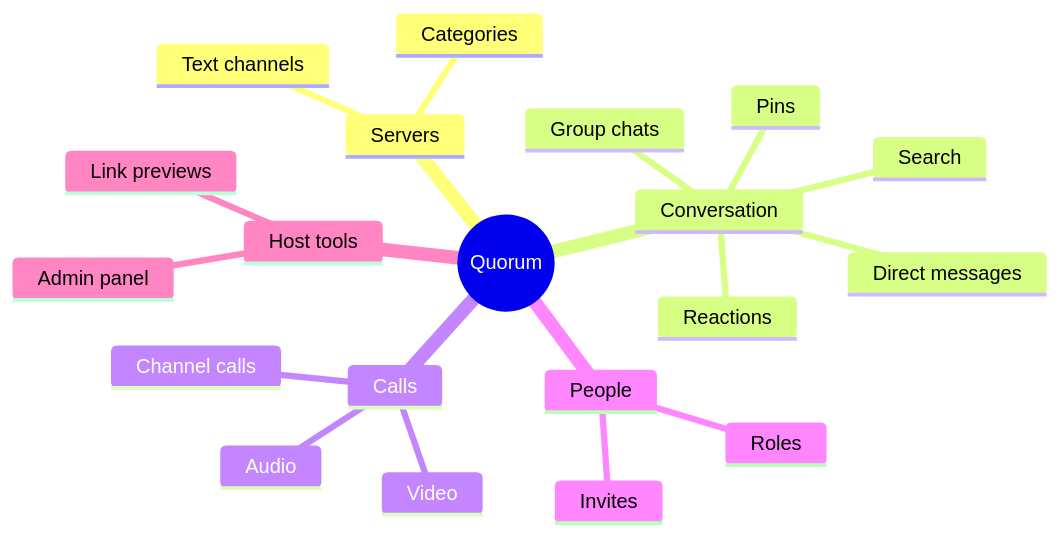
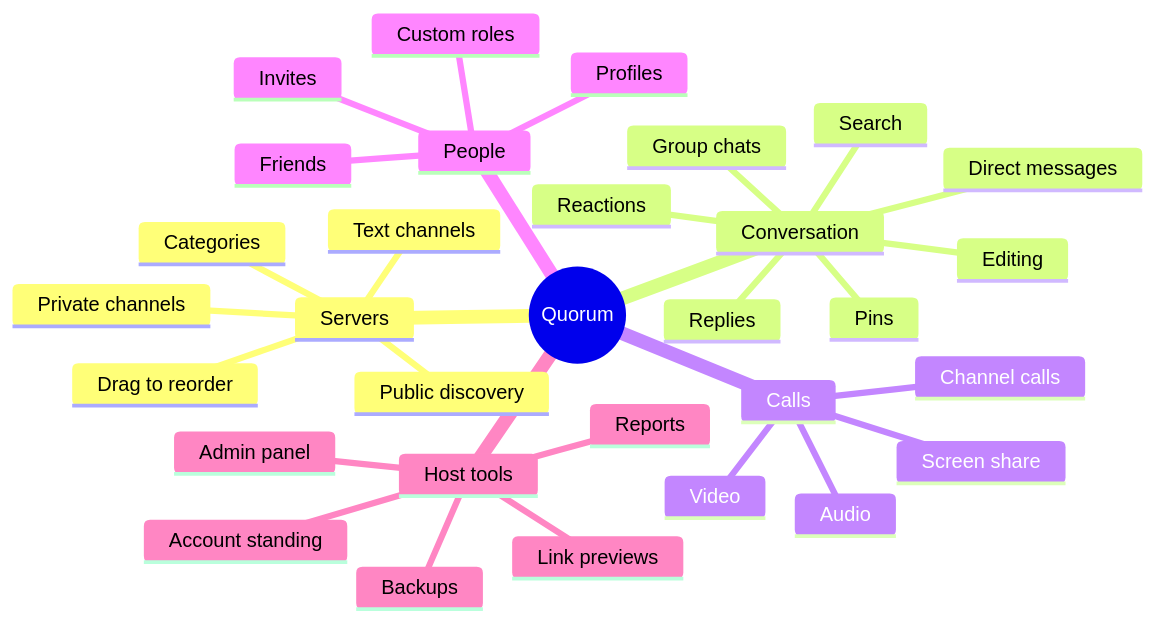
One commit to Zenix-Developers/Quorum-Showcase changed the first of 4 diagrams in README.md. Above: the diagram before and after it, drawn with Mermaid. The commit also changed other lines of this file and 1 other file, not shown here.

````diff
--- a/README.md
+++ b/README.md
@@ -26,23 +26,34 @@
 ```mermaid
 mindmap
   root((Quorum))
     Servers
       Text channels
       Categories
+      Public discovery
+      Private channels
+      Drag to reorder
     Conversation
       Direct messages
       Group chats
+      Replies
       Reactions
       Pins
+      Editing
       Search
     Calls
       Audio
       Video
+      Screen share
       Channel calls
     People
+      Friends
       Invites
-      Roles
+      Custom roles
+      Profiles
     Host tools
       Admin panel
+      Reports
+      Account standing
       Link previews
+      Backups
 ```
````
